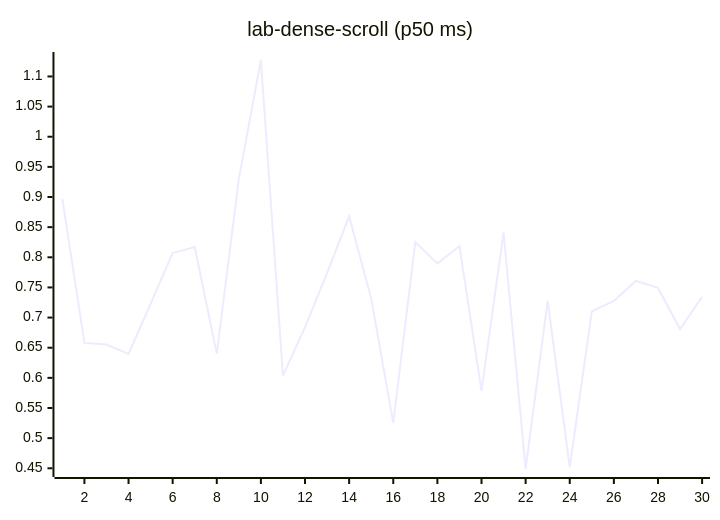
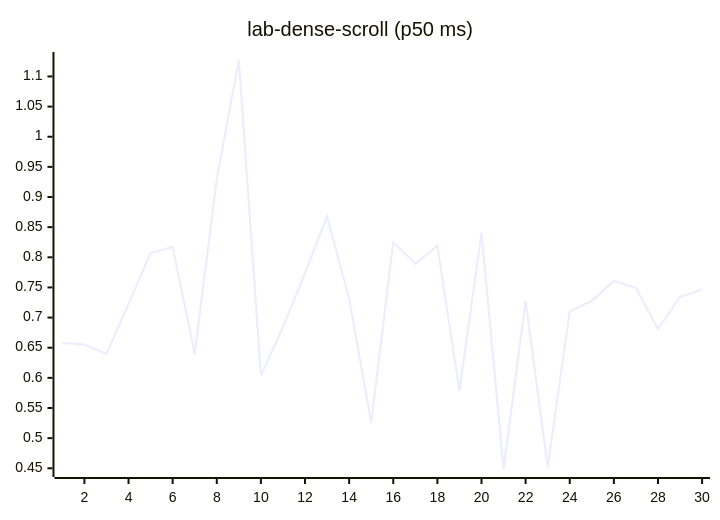
One commit to josha/Facet changed diagram 12 of 27 in README.md. Above: the diagram before and after it, drawn with Mermaid. The commit also changed other lines of this file and 2 other files, not shown here.

````diff
--- a/README.md
+++ b/README.md
@@ -140,6 +140,6 @@
 ```mermaid
 xychart-beta
     title "lab-dense-scroll (p50 ms)"
     x-axis 1 --> 30
-    line [0.8968, 0.6580, 0.6552, 0.6397, 0.7226, 0.8071, 0.8171, 0.6401, 0.9297, 1.1273, 0.6038, 0.6843, 0.7739, 0.8680, 0.7317, 0.5254, 0.8252, 0.7895, 0.8186, 0.5785, 0.8409, 0.4488, 0.7278, 0.4517, 0.7102, 0.7278, 0.7607, 0.7492, 0.6810, 0.7343]
+    line [0.6580, 0.6552, 0.6397, 0.7226, 0.8071, 0.8171, 0.6401, 0.9297, 1.1273, 0.6038, 0.6843, 0.7739, 0.8680, 0.7317, 0.5254, 0.8252, 0.7895, 0.8186, 0.5785, 0.8409, 0.4488, 0.7278, 0.4517, 0.7102, 0.7278, 0.7607, 0.7492, 0.6810, 0.7343, 0.7463]
 ```
````
